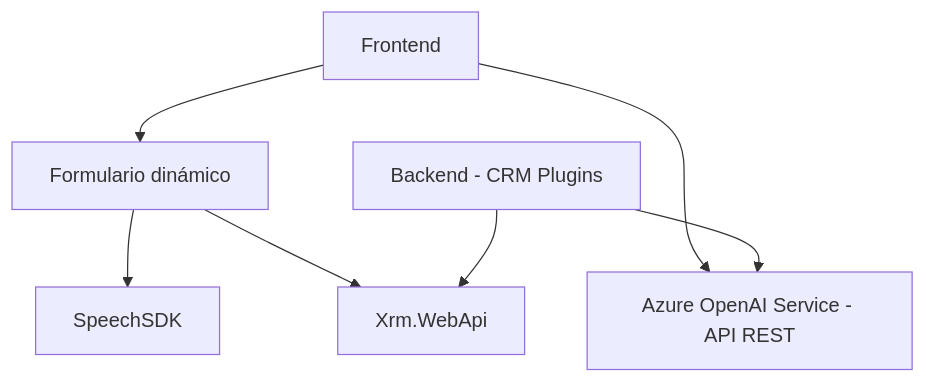
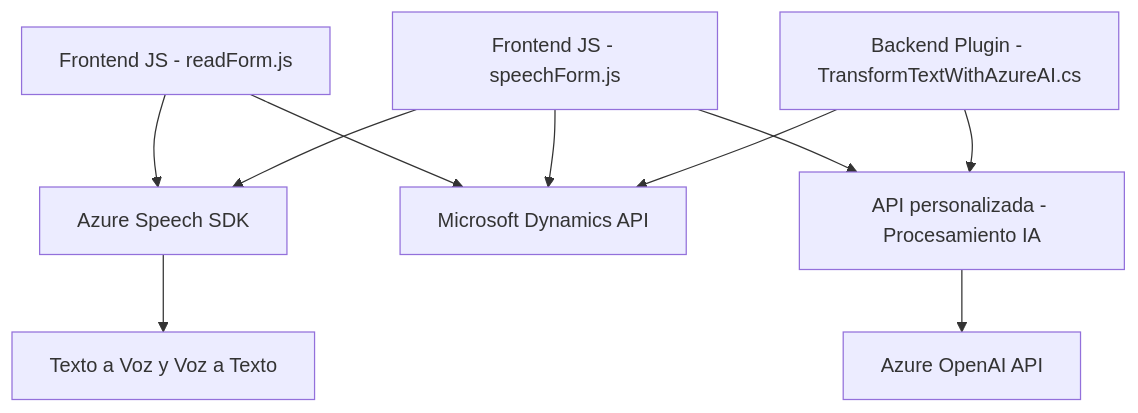
Before and after one commit to blopezdm/NETCORE_BILBAO2025: the diagram in README.md, drawn with Mermaid. The commit also changed other lines of this file, not shown here.

````diff
--- a/README.md
+++ b/README.md
@@ -61,16 +51,12 @@
 ```mermaid
 graph TD
-    A["Frontend"]
-    B["Backend - CRM Plugins"]
-    C["SpeechSDK"]
-    D["Azure OpenAI Service - API REST"]
-    E["Xrm.WebApi"]
-    F["Formulario dinámico"]
-
-    A --> F
-    F --> C
-    F --> E
-    A --> D
-    B --> D
-    B --> E
+    A["Frontend JS - readForm.js"] --> B["Azure Speech SDK"]
+    A["Frontend JS - readForm.js"] --> C["Microsoft Dynamics - FormContext"]
+    D["Frontend JS - speechForm.js"] --> B["Azure Speech SDK"]
+    D["Frontend JS - speechForm.js"] --> C["Microsoft Dynamics - FormContext"]
+    D["Frontend JS - speechForm.js"] --> E["API personalizada - Procesamiento IA"]
+    F["Backend Plugin - TransformTextWithAzureAI.cs"] --> E["API personalizada - Procesamiento IA"]
+    F["Backend Plugin - TransformTextWithAzureAI.cs"] --> C["Microsoft Dynamics API"]
+    E["API personalizada - Procesamiento IA"] --> G["Azure OpenAI API"]
+    B["Azure Speech SDK"] --> H["Texto a Voz y Voz a Texto"]
 ```
````
